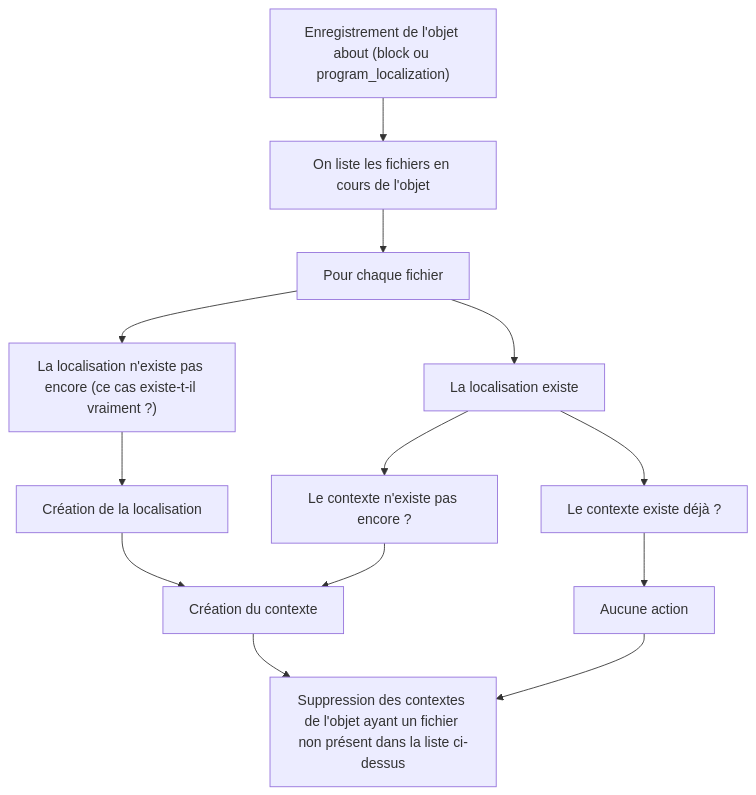
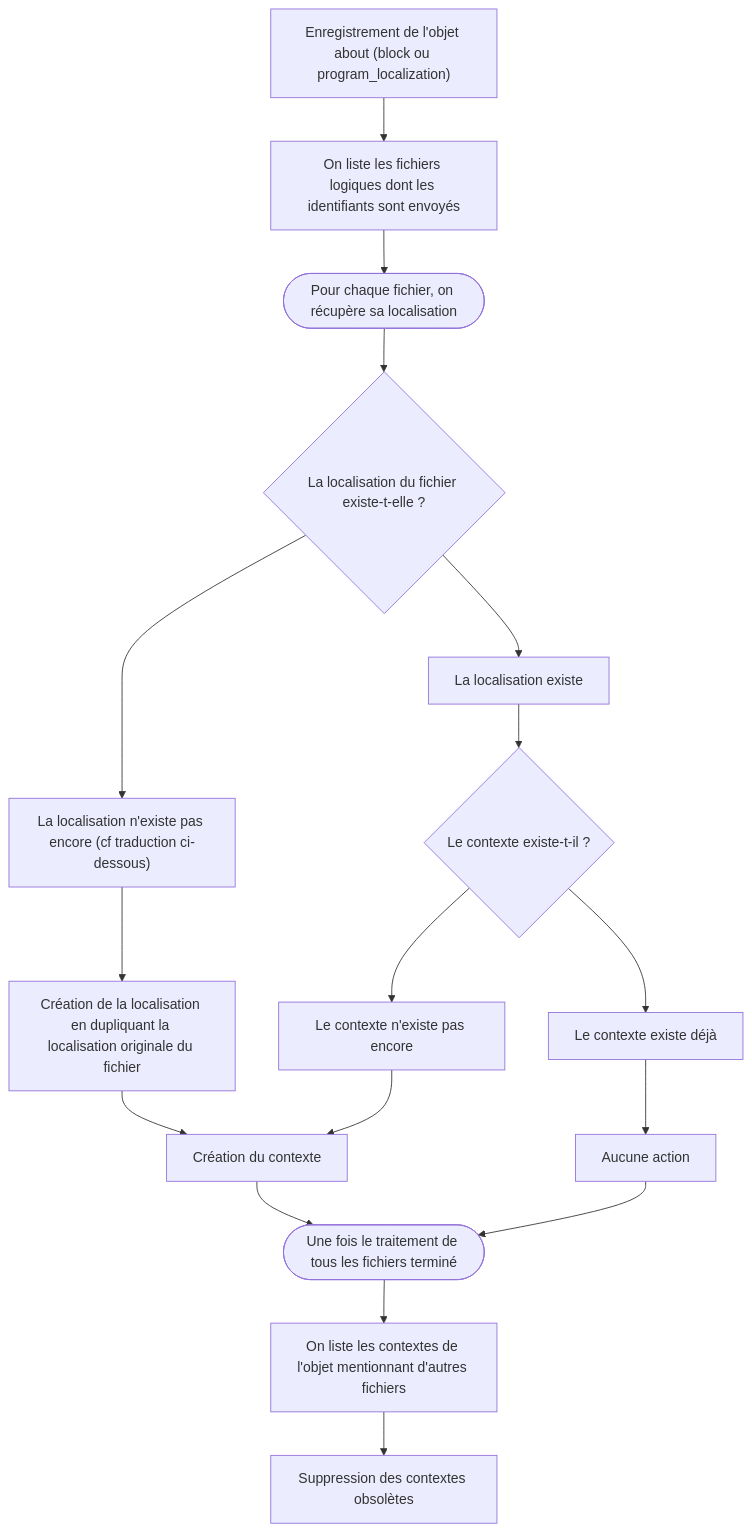
Before and after one commit to osunyorg/developers: the second of 4 diagrams in content/docs/admin/composants/file-library.md, drawn with Mermaid. The commit also changed other lines of this file, not shown here.

````diff
--- a/content/docs/admin/composants/file-library.md
+++ b/content/docs/admin/composants/file-library.md
@@ -41,21 +69,26 @@
 ```mermaid
 graph TD;
-  Enregistrement-->Fichiers-->Fichier;
-  Fichier-->LocaNecessaire-->CreationLoca-->CreationContexte;
-  Fichier-->LocaExiste;
-  LocaExiste-->ContexteNecessaire-->CreationContexte;
-  LocaExiste-->ContexteExiste-->Rien-->SuppressionContextesObsoletes;
-  CreationContexte-->SuppressionContextesObsoletes;
+  Enregistrement-->Fichiers-->Fichier-->Localisation;
+  Localisation-->LocaNecessaire-->CreationLoca-->CreationContexte;
+  Localisation-->LocaExiste;
+  LocaExiste-->Contexte
+  Contexte-->ContexteNecessaire-->CreationContexte;
+  Contexte-->ContexteExiste-->Rien-->TraitementFini;
+  CreationContexte-->TraitementFini-->ListeContextesObsoletes-->SuppressionContextesObsoletes;
 
   Enregistrement["Enregistrement de l'objet about (block ou program_localization)"]
-  Fichiers["On liste les fichiers en cours de l'objet"]
-  Fichier["Pour chaque fichier"]
+  Fichiers["On liste les fichiers logiques dont les identifiants sont envoyés"]
+  Fichier(["Pour chaque fichier, on récupère sa localisation"])
+  Localisation{"La localisation du fichier existe-t-elle ?"}
   LocaExiste["La localisation existe"]
-  LocaNecessaire["La localisation n'existe pas encore (ce cas existe-t-il vraiment ?)"]
-  CreationLoca["Création de la localisation"]
-  ContexteNecessaire["Le contexte n'existe pas encore ?"]
-  ContexteExiste["Le contexte existe déjà ?"]
+  LocaNecessaire["La localisation n'existe pas encore (cf traduction ci-dessous)"]
+  CreationLoca["Création de la localisation en dupliquant la localisation originale du fichier"]
+  Contexte{"Le contexte existe-t-il ?"}
+  ContexteNecessaire["Le contexte n'existe pas encore"]
+  ContexteExiste["Le contexte existe déjà"]
   CreationContexte["Création du contexte"]
   Rien["Aucune action"]
-  SuppressionContextesObsoletes["Suppression des contextes de l'objet ayant un fichier non présent dans la liste ci-dessus"]
+  TraitementFini(["Une fois le traitement de tous les fichiers terminé"])
+  ListeContextesObsoletes["On liste les contextes de l'objet mentionnant d'autres fichiers"]
+  SuppressionContextesObsoletes["Suppression des contextes obsolètes"]
 ```
````
